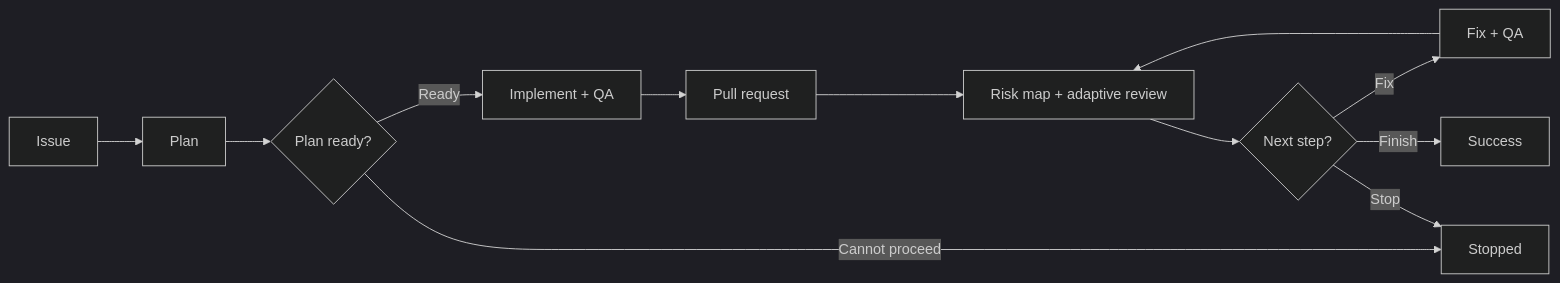
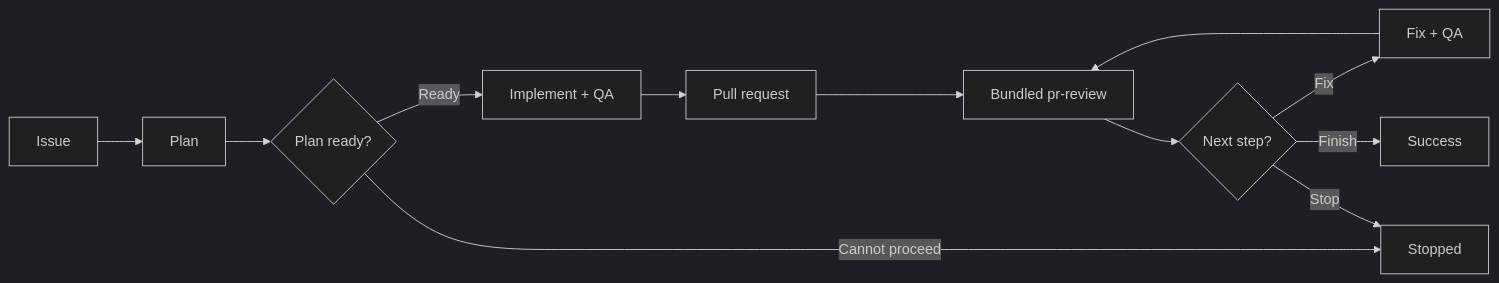
Before and after one commit to dceoy/pr-loop: the diagram in README.md, drawn with Mermaid (dark theme). The commit also changed other lines of this file and 10 other files, not shown here.

First line of the commit message:
Compose pr-loop review with bundled pr-review (#8)

````diff
--- a/README.md
+++ b/README.md
@@ -11,12 +11,12 @@
 ```mermaid
 flowchart LR
   I[Issue] --> P[Plan] --> Q{Plan ready?}
   Q -->|Ready| M[Implement + QA] --> PR[Pull request]
   Q -->|Cannot proceed| T[Stopped]
 
-  PR --> R[Risk map + adaptive review] --> N{Next step?}
+  PR --> R[Bundled pr-review] --> N{Next step?}
   N -->|Fix| X[Fix + QA]
   X --> R
   N -->|Stop| T
   N -->|Finish| S[Success]
 ```
````
